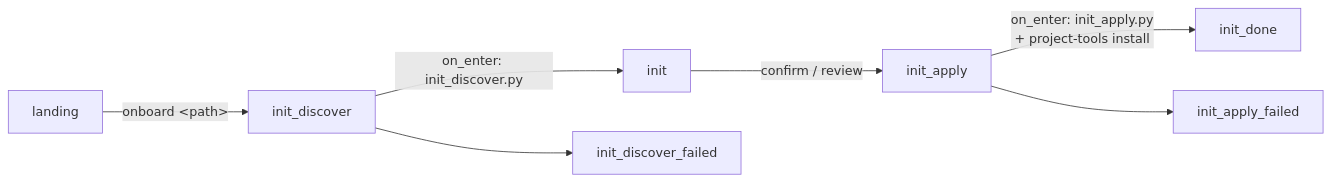
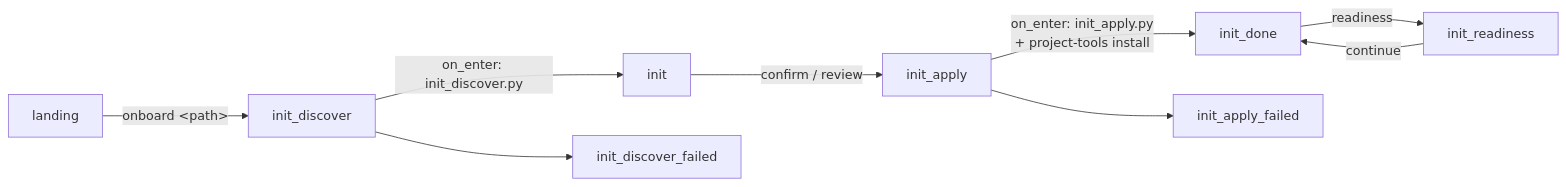
One commit to bsacrobatix/Kitsoki changed the diagram in docs/stories/dev-story-onboarding.md. Above: the diagram before and after it, drawn with Mermaid. The commit also changed other lines of this file and 5 other files, not shown here.

Commit message:
feat(init): add readiness review action

````diff
--- a/docs/stories/dev-story-onboarding.md
+++ b/docs/stories/dev-story-onboarding.md
@@ -18,9 +18,11 @@
 ```mermaid
 flowchart LR
     landing -->|"onboard &lt;path&gt;"| init_discover
     init_discover -->|"on_enter: init_discover.py"| init
     init_discover --> init_discover_failed
     init -->|"confirm / review"| init_apply
     init_apply -->|"on_enter: init_apply.py<br/>+ project-tools install"| init_done
+    init_done -->|"readiness"| init_readiness
+    init_readiness -->|"continue"| init_done
     init_apply --> init_apply_failed
 ```
````
